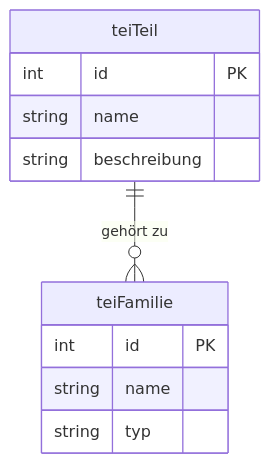
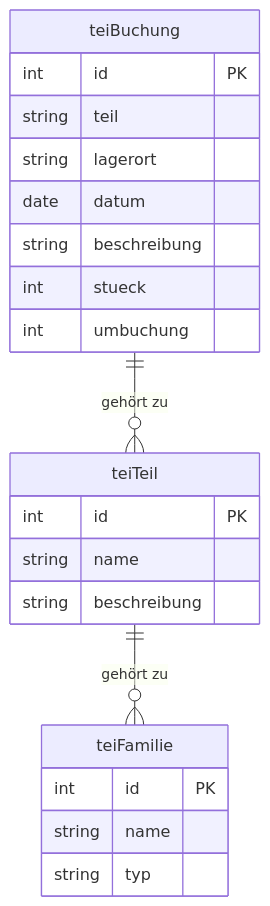
Before and after one commit to tdittber/documentation: the diagram in bva.md, drawn with Mermaid.

Commit message:
Diagramm erweitert

````diff
--- a/bva.md
+++ b/bva.md
@@ -46,16 +46,27 @@
 ```mermaid
 erDiagram
     teiTeil {
         int id PK
         string name
         string beschreibung
     }
 
     teiFamilie {
         int id PK
         string name
         string typ
     }
 
+    teiBuchung {
+        int id PK
+        string teil
+        string lagerort
+        date datum
+        string beschreibung
+        int stueck
+        int umbuchung
+    }
+
     teiTeil ||--o{ teiFamilie : "gehört zu"
+    teiBuchung ||--o{ teiTeil : "gehört zu"
 ```
````
